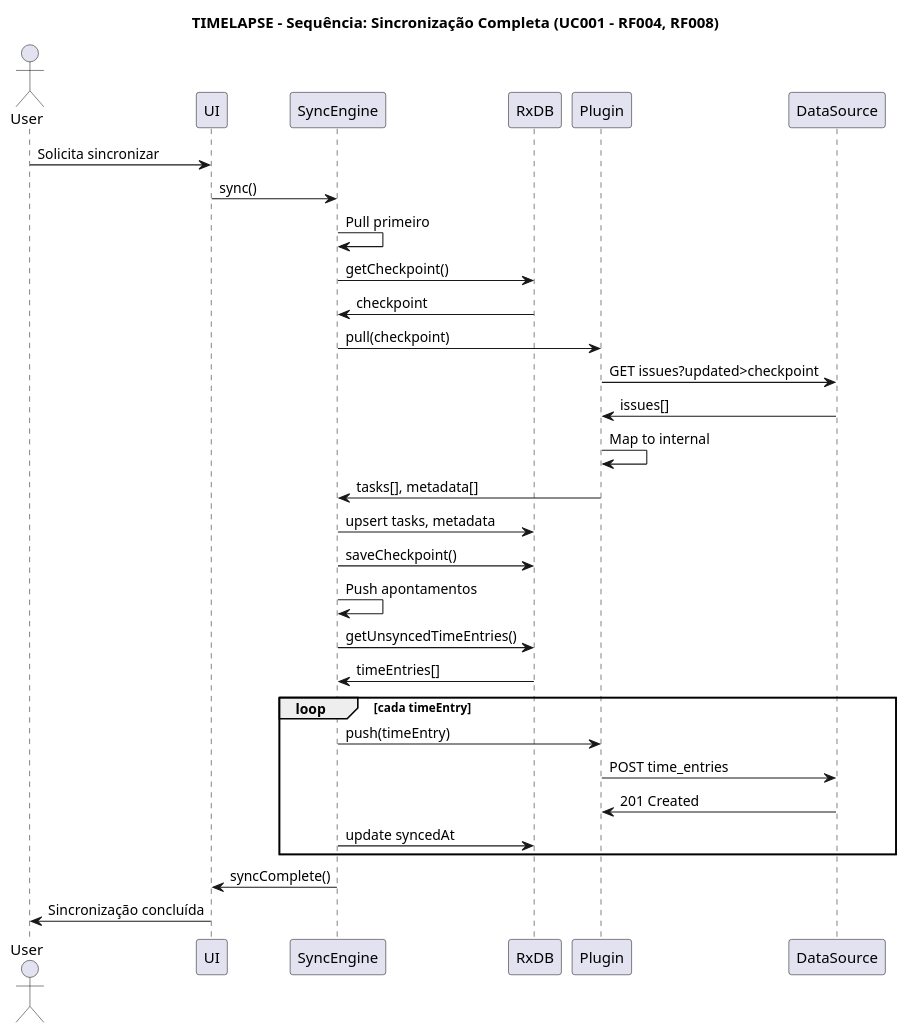
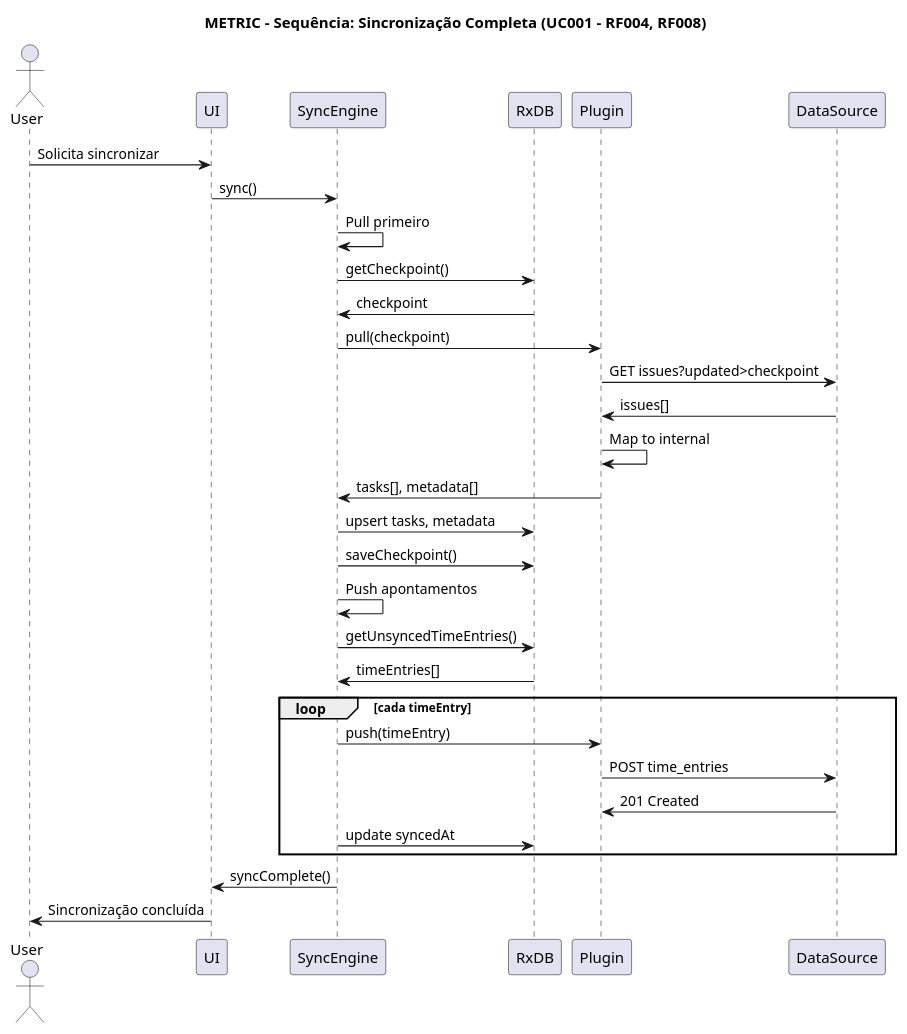
The diagram in docs/srs/diagrams/puml/uml/diagram-uml-005-sequence-sync.puml (Gustavohps10/metric), drawn with PlantUML before and after one commit. The commit also changed 208 other files, not shown here.

Commit message:
chore: rename project from timelapse to metric

```diff
--- a/docs/srs/diagrams/puml/uml/diagram-uml-005-sequence-sync.puml
+++ b/docs/srs/diagrams/puml/uml/diagram-uml-005-sequence-sync.puml
@@ -1,38 +1,38 @@
 @startuml SequenceSync
-title TIMELAPSE - Sequência: Sincronização Completa (UC001 - RF004, RF008)
+title METRIC - Sequência: Sincronização Completa (UC001 - RF004, RF008)
 actor User
 participant UI
 participant SyncEngine
 participant RxDB
 participant Plugin
 participant DataSource
 
 User -> UI: Solicita sincronizar
 UI -> SyncEngine: sync()
 
 SyncEngine -> SyncEngine: Pull primeiro
 
 SyncEngine -> RxDB: getCheckpoint()
 RxDB -> SyncEngine: checkpoint
 SyncEngine -> Plugin: pull(checkpoint)
 Plugin -> DataSource: GET issues?updated>checkpoint
 DataSource -> Plugin: issues[]
 Plugin -> Plugin: Map to internal
 Plugin -> SyncEngine: tasks[], metadata[]
 
 SyncEngine -> RxDB: upsert tasks, metadata
 SyncEngine -> RxDB: saveCheckpoint()
 
 SyncEngine -> SyncEngine: Push apontamentos
 SyncEngine -> RxDB: getUnsyncedTimeEntries()
 RxDB -> SyncEngine: timeEntries[]
 loop cada timeEntry
     SyncEngine -> Plugin: push(timeEntry)
     Plugin -> DataSource: POST time_entries
     DataSource -> Plugin: 201 Created
     SyncEngine -> RxDB: update syncedAt
 end
 
 SyncEngine -> UI: syncComplete()
 UI -> User: Sincronização concluída
 @enduml
```
